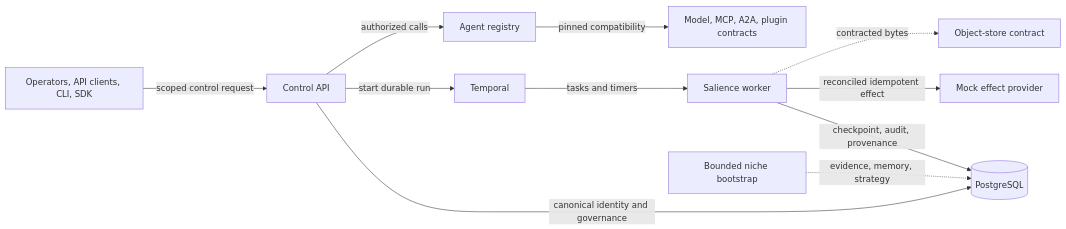
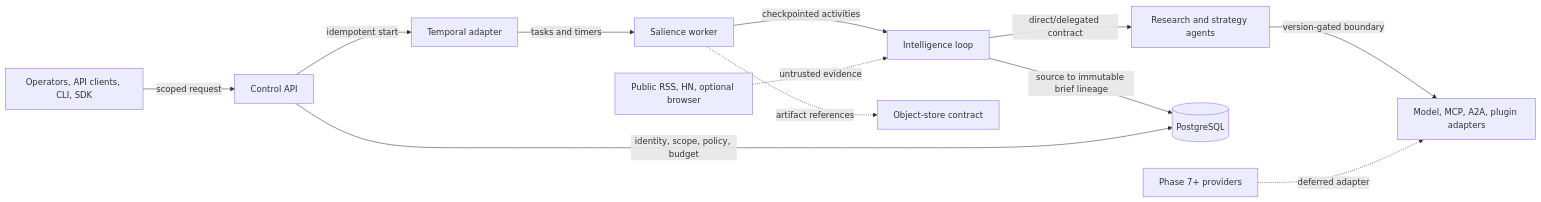
One commit to manojvermamv/Salience changed the diagram in README.md. Above: the diagram before and after it, drawn with Mermaid. The commit also changed other lines of this file and 23 other files, not shown here.

Commit message:
docs: refresh phase 1-6 architecture

````diff
--- a/README.md
+++ b/README.md
@@ -20,13 +21,14 @@
 ```mermaid
 flowchart LR
-    Operator[Operators, API clients, CLI, SDK] -->|scoped control request| API[Control API]
-    API -->|canonical identity and governance| PG[(PostgreSQL)]
-    API -->|start durable run| Temporal[Temporal]
+    Operator[Operators, API clients, CLI, SDK] -->|scoped request| API[Control API]
+    API -->|idempotent start| Temporal[Temporal adapter]
     Temporal -->|tasks and timers| Worker[Salience worker]
-    Worker -->|checkpoint, audit, provenance| PG
-    Worker -->|reconciled idempotent effect| Mock[Mock effect provider]
-    Worker -.->|contracted bytes| Storage[Object-store contract]
-    API -->|authorized calls| Agents[Agent registry]
-    Agents -->|pinned compatibility| Protocols[Model, MCP, A2A, plugin contracts]
-    Bootstrap[Bounded niche bootstrap] -.->|evidence, memory, strategy| PG
+    Worker -->|checkpointed activities| Loop[Intelligence loop]
+    Sources[Public RSS, HN, optional browser] -.->|untrusted evidence| Loop
+    Loop -->|direct/delegated contract| Agents[Research and strategy agents]
+    Agents -->|version-gated boundary| Providers[Model, MCP, A2A, plugin adapters]
+    Loop -->|source to immutable brief lineage| PG[(PostgreSQL)]
+    API -->|identity, scope, policy, budget| PG
+    Worker -.->|artifact references| Storage[Object-store contract]
+    Future[Phase 7+ providers] -.->|deferred adapter| Providers
 ```
````
